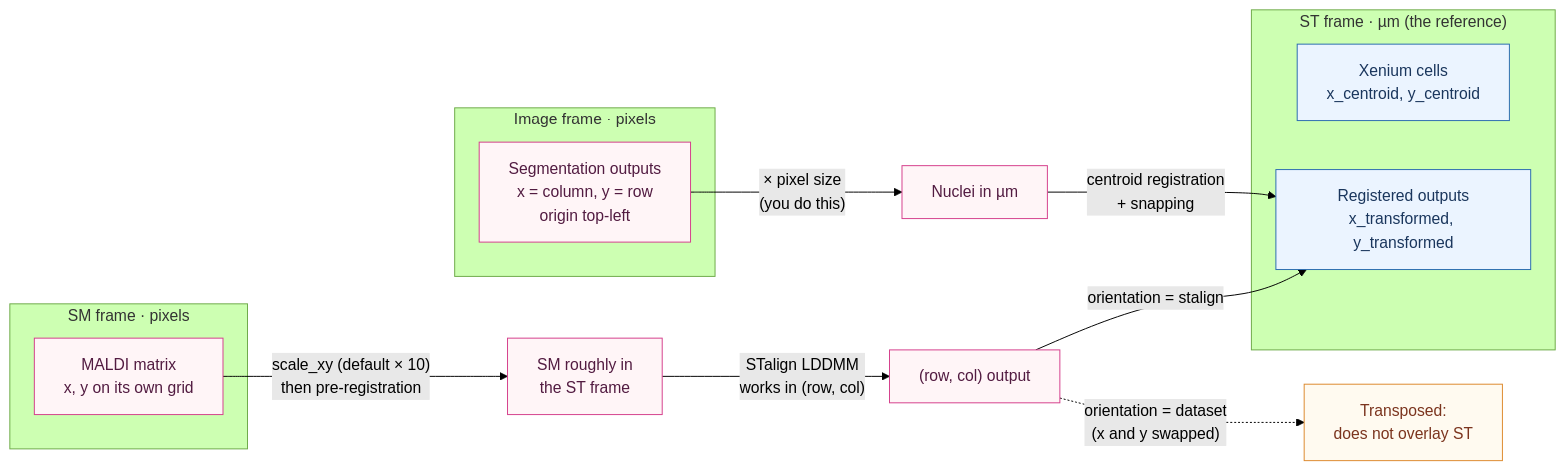
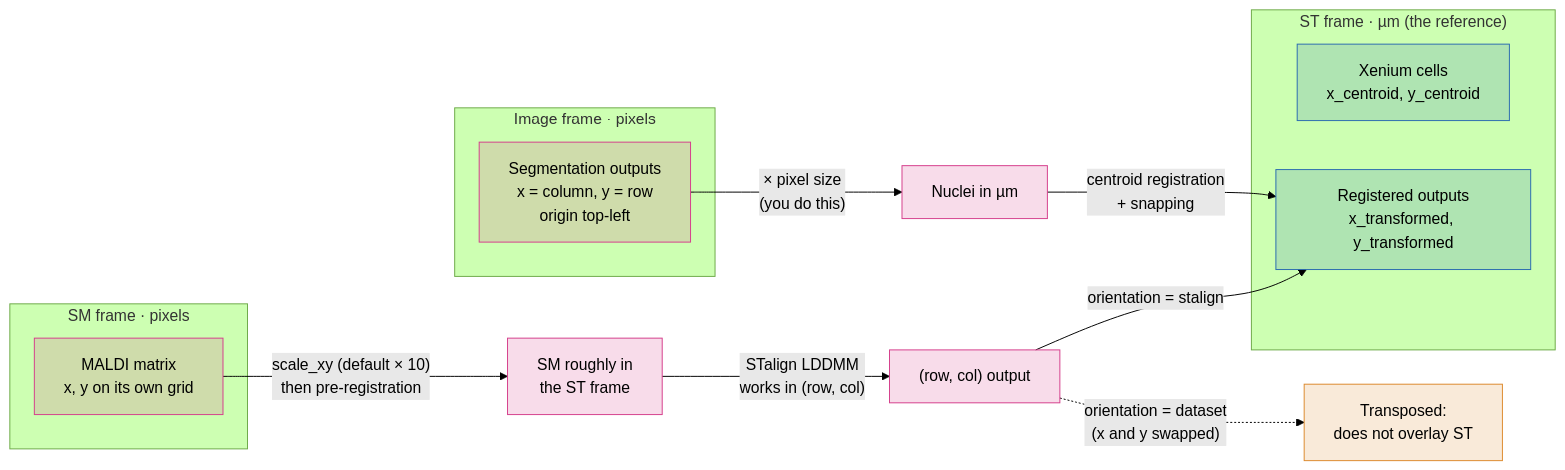
Before and after one commit to JurgenKriel/SMINT: the diagram in docs/concepts/coordinate_frames.md, drawn with Mermaid (forest theme). The commit also changed 4 other files, not shown here.

First line of the commit message:
docs: mint diagram nodes with dark text; diagram tints that work in dark mode

````diff
--- a/docs/concepts/coordinate_frames.md
+++ b/docs/concepts/coordinate_frames.md
@@ -9,26 +9,26 @@
 ```mermaid
 flowchart LR
     subgraph IMG ["Image frame · pixels"]
         SEG["Segmentation outputs<br/>x = column, y = row<br/>origin top-left"]
     end
     subgraph SMP ["SM frame · pixels"]
         SMX["MALDI matrix<br/>x, y on its own grid"]
     end
     subgraph ST ["ST frame · µm (the reference)"]
         XEN["Xenium cells<br/>x_centroid, y_centroid"]
         OUT["Registered outputs<br/>x_transformed, y_transformed"]
     end
     SEG -- "× pixel size<br/>(you do this)" --> UM["Nuclei in µm"]
     UM -- "centroid registration<br/>+ snapping" --> OUT
     SMX -- "scale_xy (default × 10)<br/>then pre-registration" --> PRE["SM roughly in<br/>the ST frame"]
     PRE -- "STalign LDDMM<br/>works in (row, col)" --> RC["(row, col) output"]
     RC -- "orientation = stalign" --> OUT
     RC -. "orientation = dataset<br/>(x and y swapped)" .-> BAD["Transposed:<br/>does not overlay ST"]
 
-    classDef ref fill:#ebf4ff,stroke:#2b6cb0,color:#1a365d
-    classDef mov fill:#fff5f7,stroke:#d53f8c,color:#521b41
-    classDef bad fill:#fffaf0,stroke:#dd8a2e,color:#7b341e
+    classDef ref fill:#2b6cb02e,stroke:#2b6cb0
+    classDef mov fill:#d53f8c2e,stroke:#d53f8c
+    classDef bad fill:#dd8a2e2e,stroke:#dd8a2e
     class XEN,OUT ref
     class SEG,UM,SMX,PRE,RC mov
     class BAD bad
 ```
````
